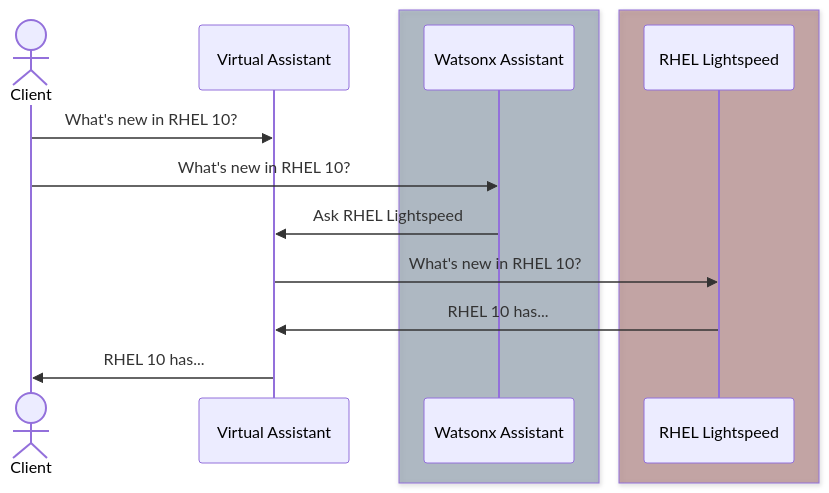
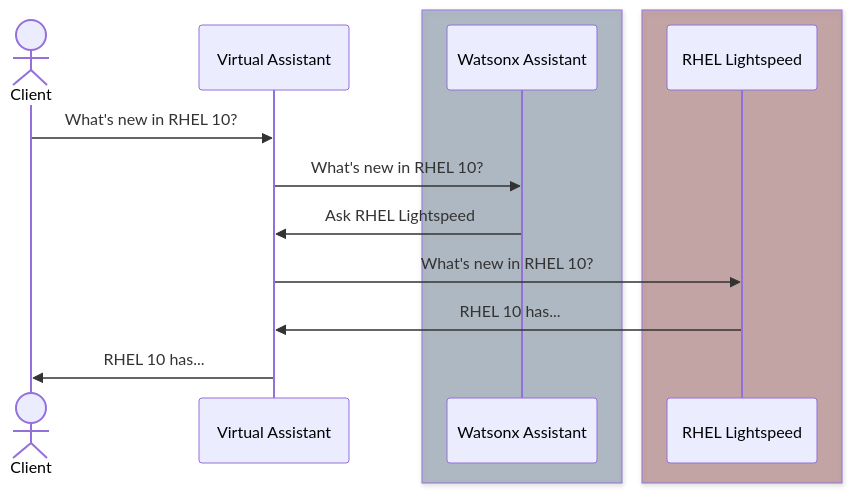
Before and after one commit to RedHatInsights/astro-virtual-assistant-v2: the diagram in docs/diagrams/virtual-assistant-rhel-lightspeed-sequence.mermaid, drawn with Mermaid.

Commit message:
Update sequence diagram: VA calls watsonX assistant, not the client (#70)

```diff
--- a/docs/diagrams/virtual-assistant-rhel-lightspeed-sequence.mermaid
+++ b/docs/diagrams/virtual-assistant-rhel-lightspeed-sequence.mermaid
@@ -1,16 +1,16 @@
 sequenceDiagram
     actor Client
     participant Virtual Assistant
     box rgba(33,66,99,0.3)
         participant Watsonx Assistant
     end
     box rgba(99,0,0,0.3)
         participant RHEL Lightspeed
     end
 
     Client->>Virtual Assistant: What's new in RHEL 10?
-    Client->>Watsonx Assistant: What's new in RHEL 10?
+    Virtual Assistant->>Watsonx Assistant: What's new in RHEL 10?
     Watsonx Assistant->>Virtual Assistant: Ask RHEL Lightspeed
     Virtual Assistant->> RHEL Lightspeed: What's new in RHEL 10?
     RHEL Lightspeed->>Virtual Assistant: RHEL 10 has...
     Virtual Assistant->>Client: RHEL 10 has...
```
